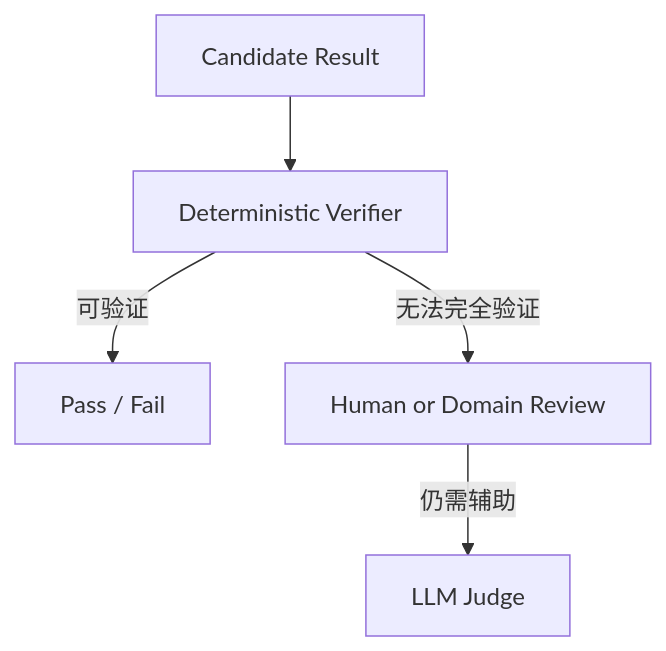
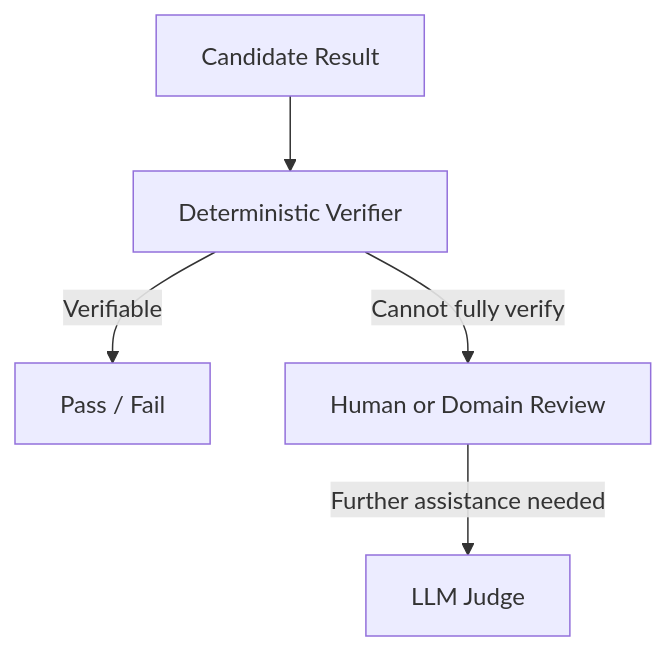
The fourth of 23 diagrams in docs/agent/02-reasoning-planning/12-agent-reflection.md (oneleaveknowsthefall/awesome-ai-roadmap), drawn with Mermaid before and after one commit. The commit also changed other lines of this file and 68 other files, not shown here.

````diff
--- a/docs/agent/02-reasoning-planning/12-agent-reflection.md
+++ b/docs/agent/02-reasoning-planning/12-agent-reflection.md
@@ -130,7 +130,7 @@
 ```mermaid
 flowchart TB
     RESULT[Candidate Result] --> DET[Deterministic Verifier]
-    DET -->|可验证| DECISION[Pass / Fail]
-    DET -->|无法完全验证| HUMAN[Human or Domain Review]
-    HUMAN -->|仍需辅助| JUDGE[LLM Judge]
+    DET -->|Verifiable| DECISION[Pass / Fail]
+    DET -->|Cannot fully verify| HUMAN[Human or Domain Review]
+    HUMAN -->|Further assistance needed| JUDGE[LLM Judge]
 ```
````
